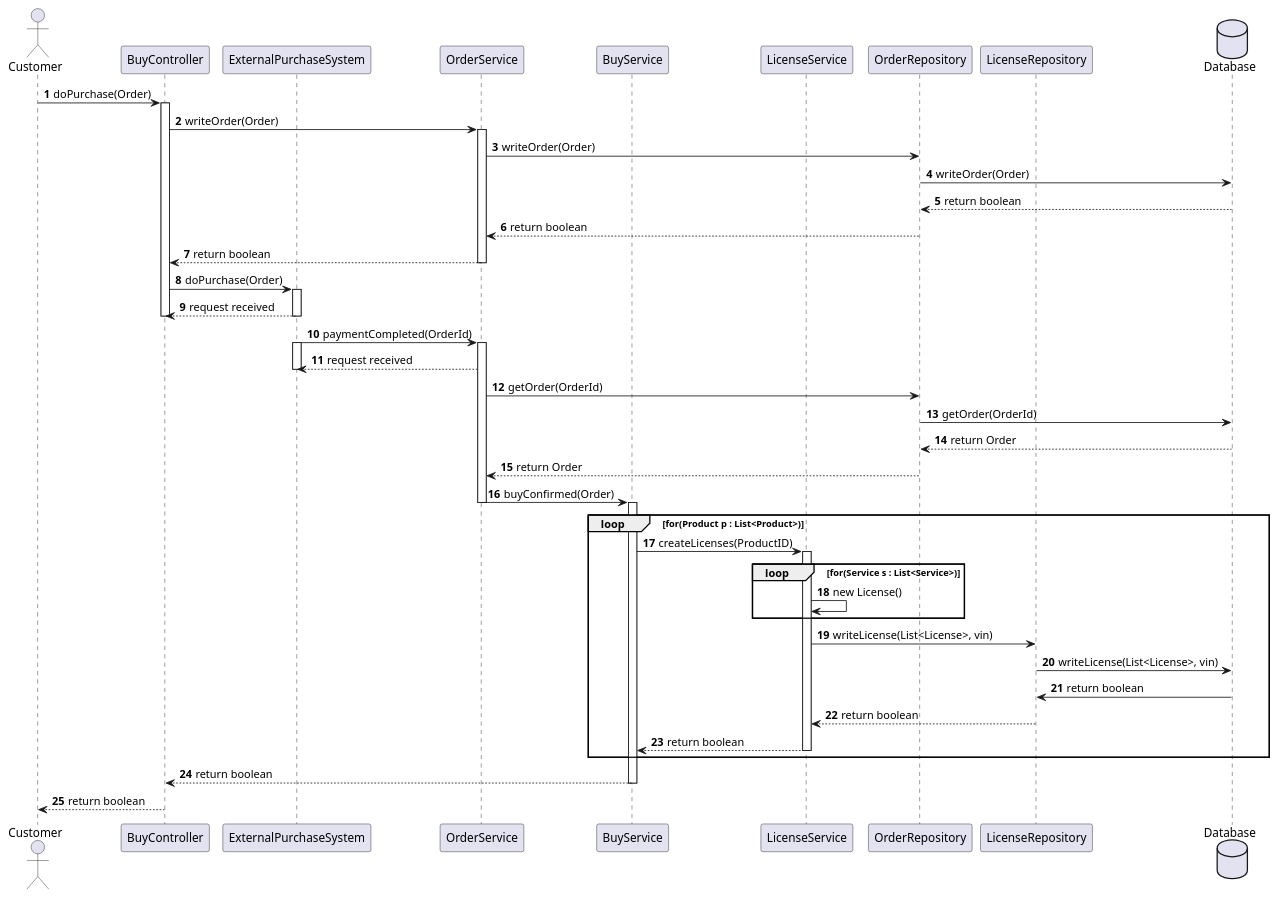
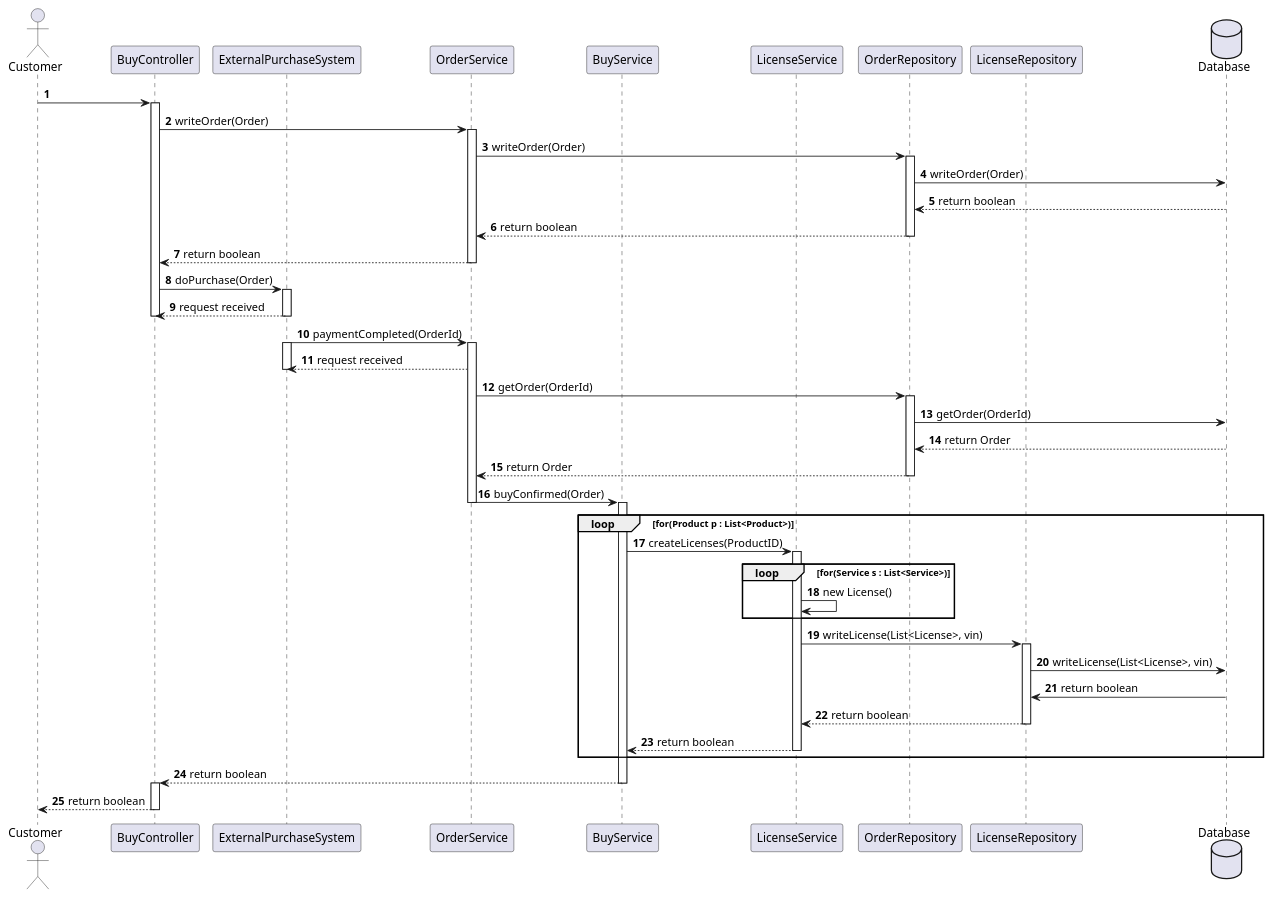
One commit to ljbg1996/car-backend changed the diagram in Phase_1/SequenceBuy_1.1.puml. Above: the diagram before and after it, drawn with PlantUML.

Commit message:
SequenceBuy for Team3

```diff
--- a/Phase_1/SequenceBuy_1.1.puml
+++ b/Phase_1/SequenceBuy_1.1.puml
@@ -1,77 +1,87 @@
 @startuml
 'https://plantuml.com/sequence-diagram
 autonumber
 actor Customer as c
 
 participant BuyController as co
 participant ExternalPurchaseSystem as eps
 participant OrderService as ps
 
 participant BuyService as s
 
 participant LicenseService as ls
 participant OrderRepository as os
 
 participant LicenseRepository as lr
 
 database Database as db
 
-c-> co : doPurchase(Order)
+c-> co :
 activate co
 
 
 
 co -> ps: writeOrder(Order)
-
 activate ps
 ps -> os: writeOrder(Order)
+activate os
 os -> db:writeOrder(Order)
 db --> os:return boolean
+
+
 os --> ps:return boolean
+deactivate os
 ps --> co:return boolean
+
 deactivate ps
 co -> eps: doPurchase(Order)
 activate eps
 eps --> co: request received
 deactivate eps
 deactivate co
 
 eps -> ps: paymentCompleted(OrderId)
 activate eps
 activate ps
 ps --> eps: request received
 deactivate eps
 
 ps -> os:getOrder(OrderId)
+activate os
 os->db:getOrder(OrderId)
 db --> os:return Order
 os --> ps:return Order
+deactivate os
 
 
 
 
 ps-> s: buyConfirmed(Order)
 deactivate ps
 activate s
 loop for(Product p : List<Product>)
     s-> ls: createLicenses(ProductID)
     activate ls
     loop for(Service s : List<Service>)
         ls -> ls : new License()
         end
         ls -> lr: writeLicense(List<License>, vin)
+        activate lr
         lr -> db:writeLicense(List<License>, vin)
         db -> lr: return boolean
         lr --> ls: return boolean
+        deactivate lr
         ls-->s: return boolean
         deactivate ls
 
     end
 s --> co: return boolean
-deactivate
+deactivate s
+activate co
 co --> c: return boolean
+deactivate co
 
 
 
 
 @enduml
```
